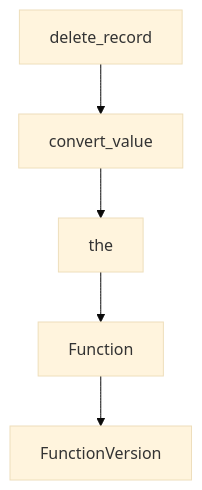
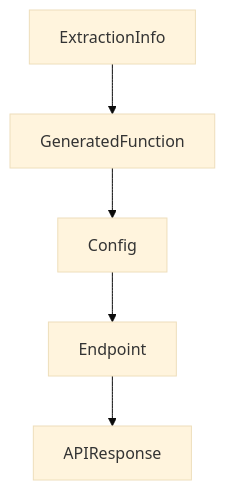
Before and after one commit to johnxie/awesome-code-docs: the diagram in tutorials/babyagi-tutorial/06-extending-babyagi-custom-tools-and-skills.md, drawn with Mermaid (base theme). The commit also changed other lines of this file and 1232 other files, not shown here.

````diff
--- a/tutorials/babyagi-tutorial/06-extending-babyagi-custom-tools-and-skills.md
+++ b/tutorials/babyagi-tutorial/06-extending-babyagi-custom-tools-and-skills.md
@@ -214,12 +212,12 @@
 ```mermaid
 flowchart TD
-    A[delete_record]
-    B[convert_value]
-    C[the]
-    D[Function]
-    E[FunctionVersion]
+    A[ExtractionInfo]
+    B[GeneratedFunction]
+    C[Config]
+    D[Endpoint]
+    E[APIResponse]
     A --> B
     B --> C
     C --> D
     D --> E
 ```
````
